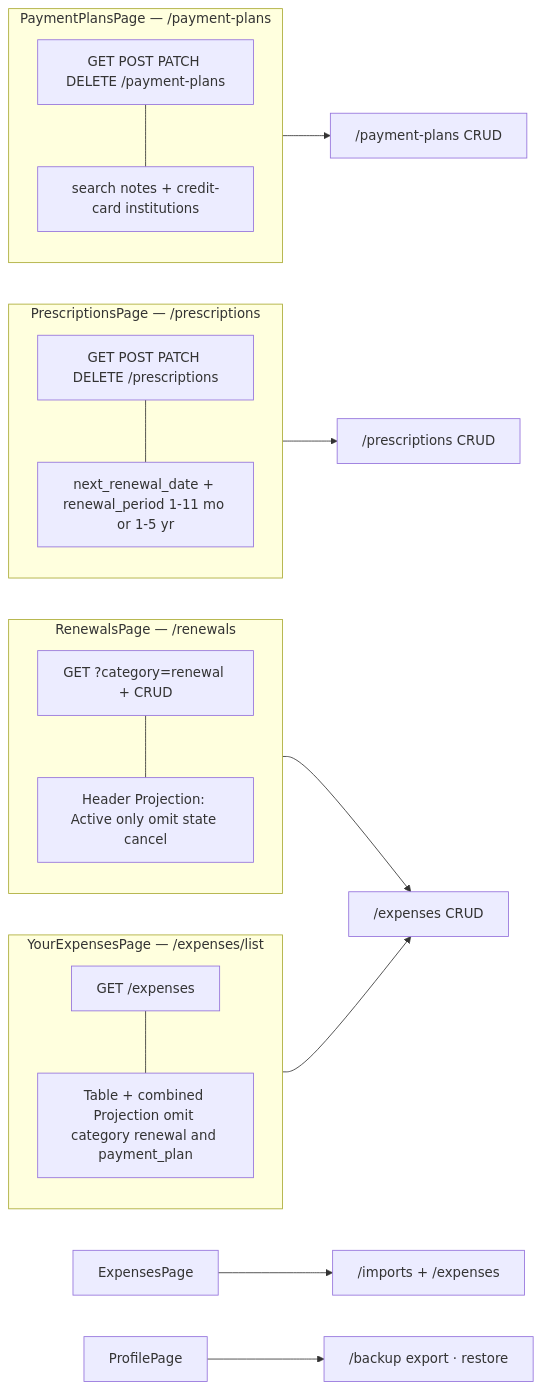
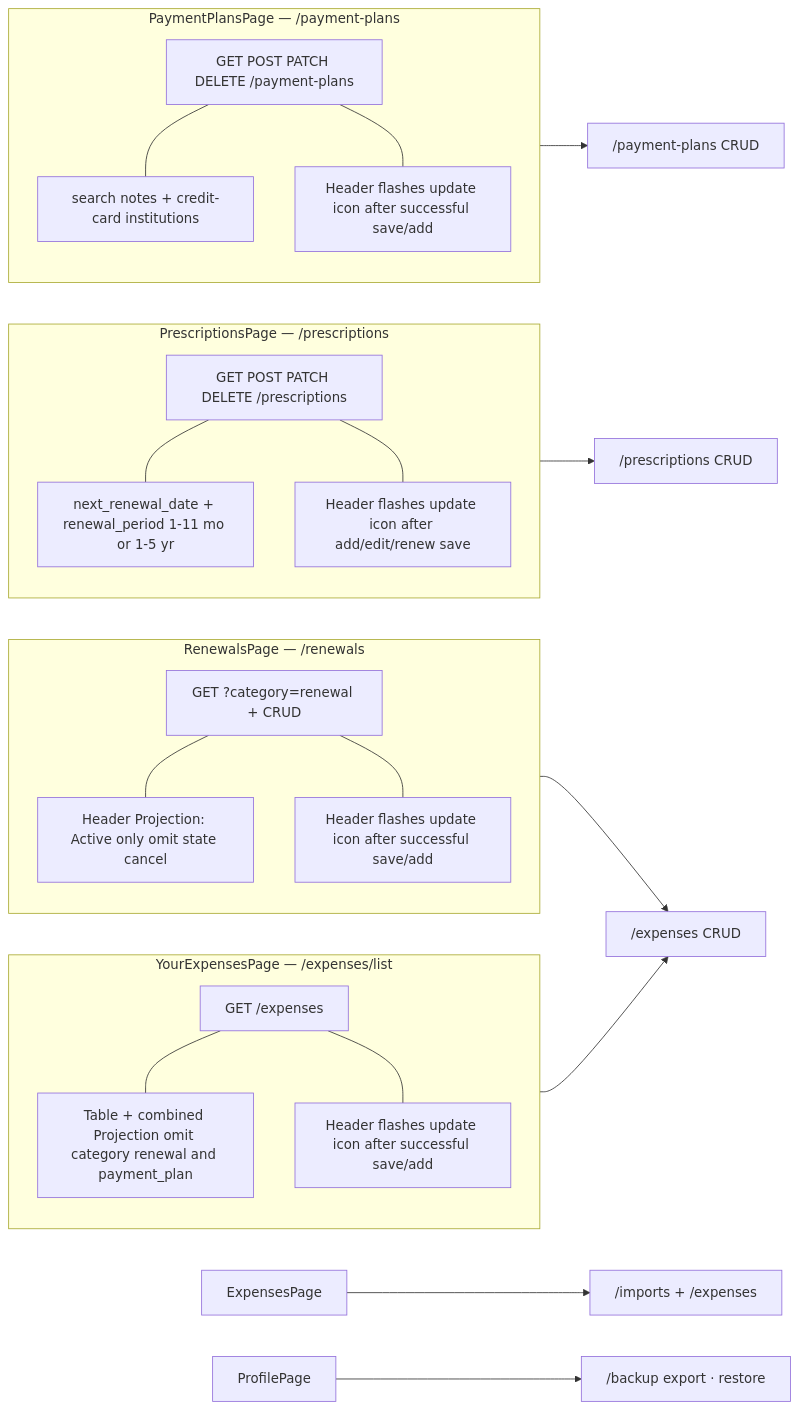
Before and after one commit to becomeonewiththecode/expense_tracker: the ninth of 18 diagrams in docs/ARCHITECTURE_DIAGRAM.md, drawn with Mermaid. The commit also changed other lines of this file and 10 other files, not shown here.

````diff
--- a/docs/ARCHITECTURE_DIAGRAM.md
+++ b/docs/ARCHITECTURE_DIAGRAM.md
@@ -315,31 +315,37 @@
 ```mermaid
 flowchart LR
   EP[ExpensesPage] --> IM["/imports + /expenses"]
   subgraph YEP["YourExpensesPage — /expenses/list"]
     direction TB
     YG["GET /expenses"]
     YV["Table + combined Projection omit category renewal and payment_plan"]
+    YU["Header flashes update icon after successful save/add"]
     YG --- YV
+    YG --- YU
   end
   subgraph NRP["RenewalsPage — /renewals"]
     direction TB
     NG["GET ?category=renewal + CRUD"]
     NV["Header Projection: Active only omit state cancel"]
+    NU["Header flashes update icon after successful save/add"]
     NG --- NV
+    NG --- NU
   end
   NRP --> EX["/expenses CRUD"]
   YEP --> EX
   subgraph PSPg["PrescriptionsPage — /prescriptions"]
     direction TB
     PG2["GET POST PATCH DELETE /prescriptions"]
     PG2 --- PGnote["next_renewal_date + renewal_period 1-11 mo or 1-5 yr"]
+    PG2 --- PGu["Header flashes update icon after add/edit/renew save"]
   end
   PSPg --> PRX["/prescriptions CRUD"]
   subgraph PPPg["PaymentPlansPage — /payment-plans"]
     direction TB
     PPG2["GET POST PATCH DELETE /payment-plans"]
     PPG2 --- PPGnote["search notes + credit-card institutions"]
+    PPG2 --- PPGu["Header flashes update icon after successful save/add"]
   end
   PPPg --> PPX["/payment-plans CRUD"]
   PP[ProfilePage] --> BK["/backup export · restore"]
 ```
````
